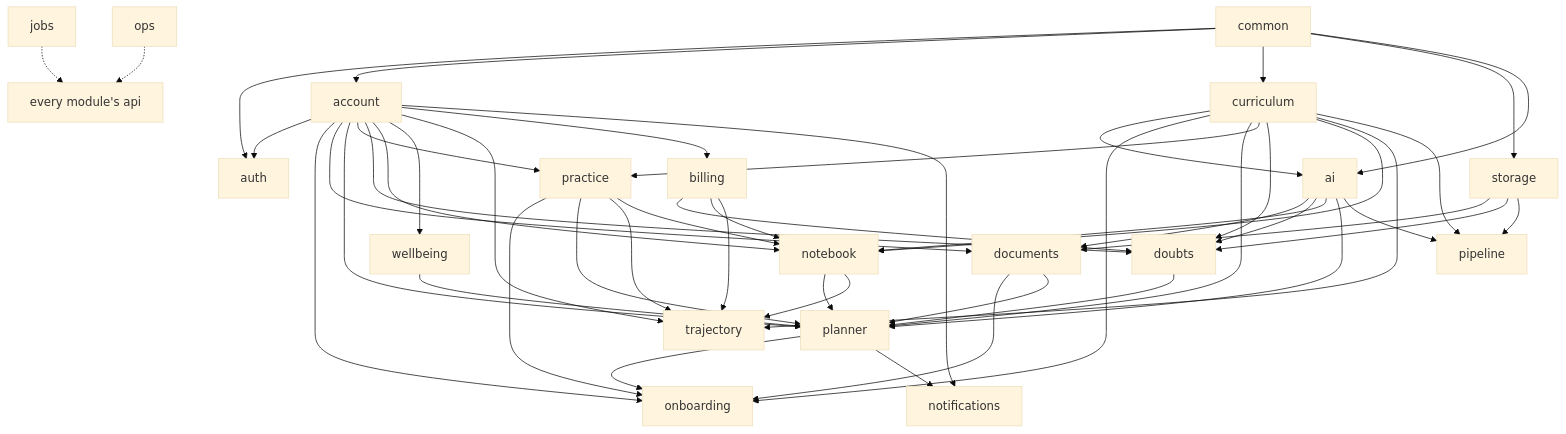
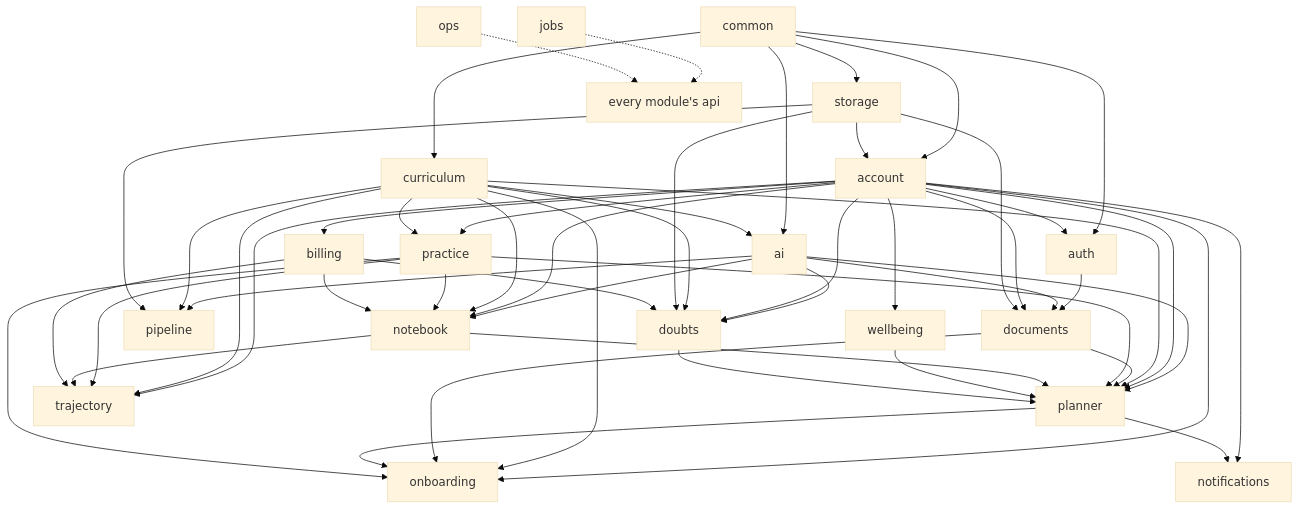
One commit to rayeesGmail/margai changed the second of 2 diagrams in docs/TECH_PLAN.md. Above: the diagram before and after it, drawn with Mermaid (base theme). The commit also changed other lines of this file and 1 other file, not shown here.

````diff
--- a/docs/TECH_PLAN.md
+++ b/docs/TECH_PLAN.md
@@ -202,19 +204,20 @@
 ```mermaid
 flowchart TD
     common --> auth & account & curriculum & storage & ai
     account --> auth
+    auth --> documents
     curriculum --> ai
     ai --> documents & doubts & notebook & planner & pipeline
     account --> onboarding & documents & planner & practice & doubts & notebook & wellbeing & trajectory & billing & notifications
     curriculum --> onboarding & planner & practice & doubts & notebook & trajectory & pipeline
-    storage --> documents & doubts & pipeline
+    storage --> account & documents & doubts & pipeline
     documents --> onboarding & planner
     planner --> onboarding & notifications
     practice --> onboarding & planner & trajectory & notebook
     notebook --> planner & trajectory
     wellbeing --> planner
     doubts --> planner
     billing --> doubts & notebook & trajectory
     jobs -.-> everyModuleApi[every module's api]
     ops -.-> everyModuleApi
 ```
````
